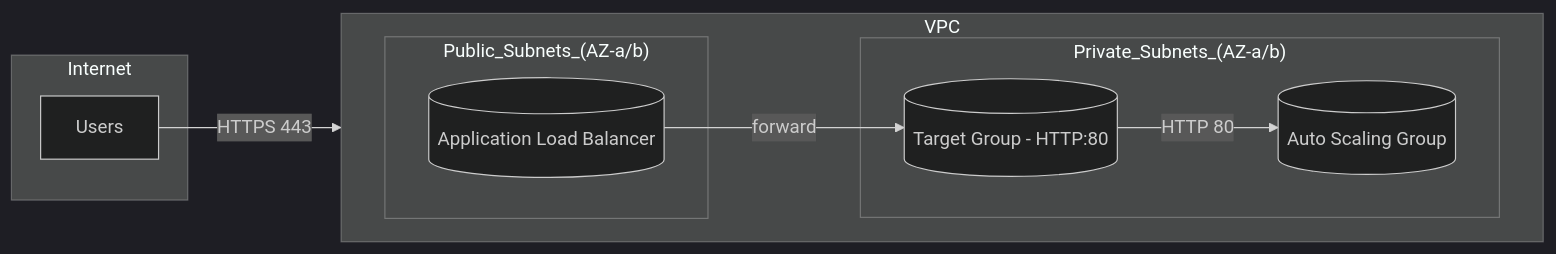
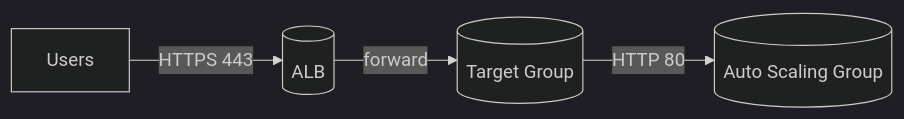
The first of 2 diagrams in README.md (naseeb-helali/Resilient-Web-Tier-on-AWS-ALB-Auto-Scaling), drawn with Mermaid (dark theme) before and after one commit. The commit also changed other lines of this file, not shown here.

````diff
--- a/README.md
+++ b/README.md
@@ -30,20 +33,10 @@
 ```mermaid
+%% Embedded preview (source kept in diagrams/architecture.mmd)
 flowchart LR
-  subgraph Internet
-    U[Users]
-  end
-  subgraph VPC
-    direction LR
-    subgraph "Public_Subnets_(AZ-a/b)" 
-      ALB[(Application Load Balancer)]
-    end
-    subgraph "Private_Subnets_(AZ-a/b)" 
-      ASG[(Auto Scaling Group)]
-      TG[(Target Group - HTTP:80)]
-    end
-  end
-  U -->|HTTPS 443| ALB -->|forward| TG -->|HTTP 80| ASG
-  %% Security: ALB SG (443 from internet); ASG SG (80 only from ALB SG)
-  %% Health: TG /health expects 200–399; Deregistration delay = 300s
-  %% TLS: Terminated at ALB via ACM + SNI
+  U[Users] -->|HTTPS 443| ALB[(ALB)]
+  ALB -->|forward| TG[(Target Group)]
+  TG -->|HTTP 80| ASG[(Auto Scaling Group)]
+  %% Health: /health (200–399), Deregistration delay = 300s
+  %% Security: ALB SG (443 from internet) → ASG SG (80 only from ALB SG)
+  %% TLS: terminated at ALB via ACM + SNI
 ```
````
